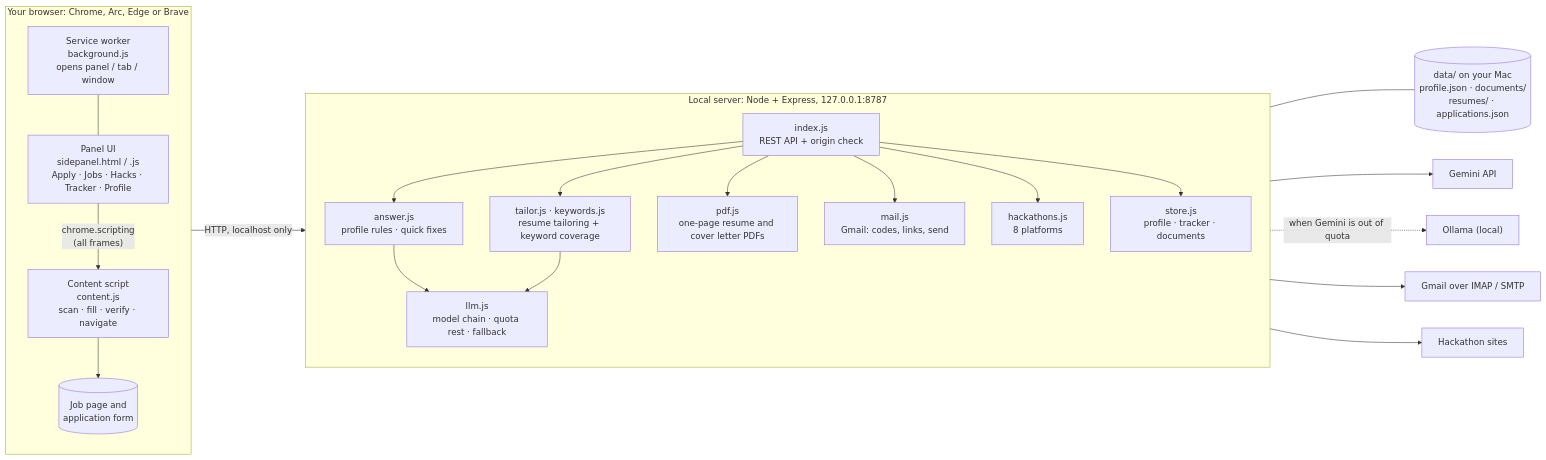
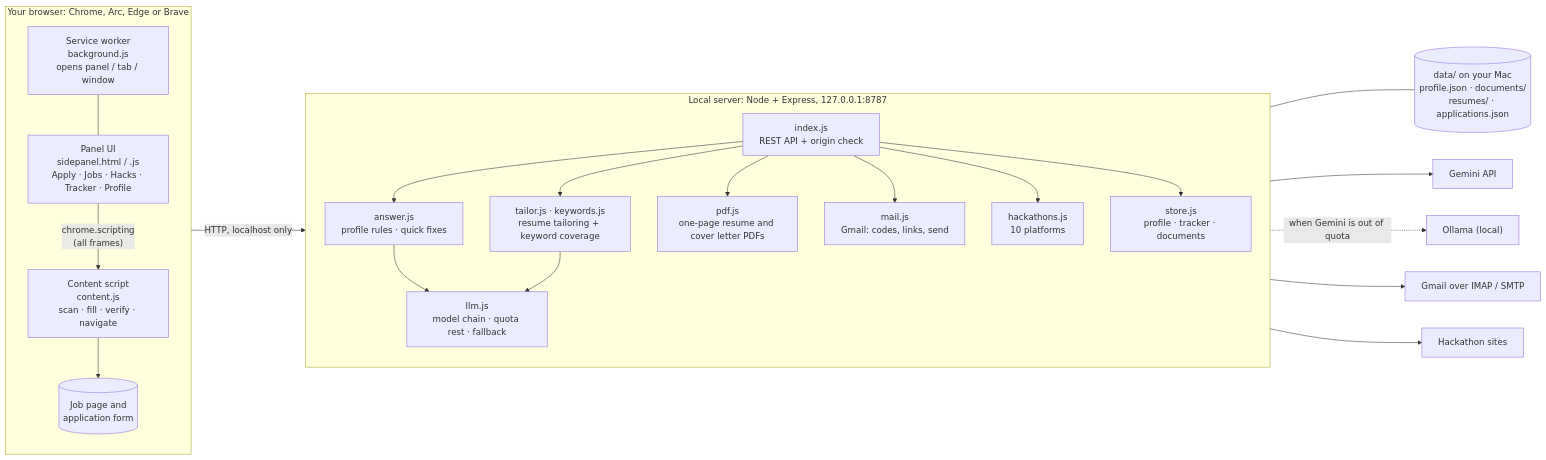
Before and after one commit to batmandevx/Auto-Job: the fifth of 9 diagrams in README.md, drawn with Mermaid. The commit also changed other lines of this file and 13 other files, not shown here.

````diff
--- a/README.md
+++ b/README.md
@@ -291,41 +293,41 @@
 ```mermaid
 flowchart LR
     subgraph Browser["Your browser: Chrome, Arc, Edge or Brave"]
         direction TB
         UI["Panel UI<br/>sidepanel.html / .js<br/>Apply · Jobs · Hacks · Tracker · Profile"]
         BG["Service worker<br/>background.js<br/>opens panel / tab / window"]
         CS["Content script<br/>content.js<br/>scan · fill · verify · navigate"]
         PAGE[("Job page and<br/>application form")]
         UI -- "chrome.scripting<br/>(all frames)" --> CS
         CS --> PAGE
         BG --- UI
     end
 
     subgraph Server["Local server: Node + Express, 127.0.0.1:8787"]
         direction TB
         API["index.js<br/>REST API + origin check"]
         ANS["answer.js<br/>profile rules · quick fixes"]
         TAI["tailor.js · keywords.js<br/>resume tailoring + keyword coverage"]
         PDF["pdf.js<br/>one-page resume and cover letter PDFs"]
         LLM["llm.js<br/>model chain · quota rest · fallback"]
         MAIL["mail.js<br/>Gmail: codes, links, send"]
-        HACK["hackathons.js<br/>8 platforms"]
+        HACK["hackathons.js<br/>10 platforms"]
         STORE["store.js<br/>profile · tracker · documents"]
         API --> ANS & TAI & PDF & MAIL & HACK & STORE
         ANS --> LLM
         TAI --> LLM
     end
 
     DATA[("data/ on your Mac<br/>profile.json · documents/<br/>resumes/ · applications.json")]
     GEM["Gemini API"]
     OLL["Ollama (local)"]
     GMAIL["Gmail over IMAP / SMTP"]
     WEB["Hackathon sites"]
 
     UI -- "HTTP, localhost only" --> API
     STORE --- DATA
     LLM --> GEM
     LLM -. "when Gemini is out of quota" .-> OLL
     MAIL --> GMAIL
     HACK --> WEB
 ```
````
